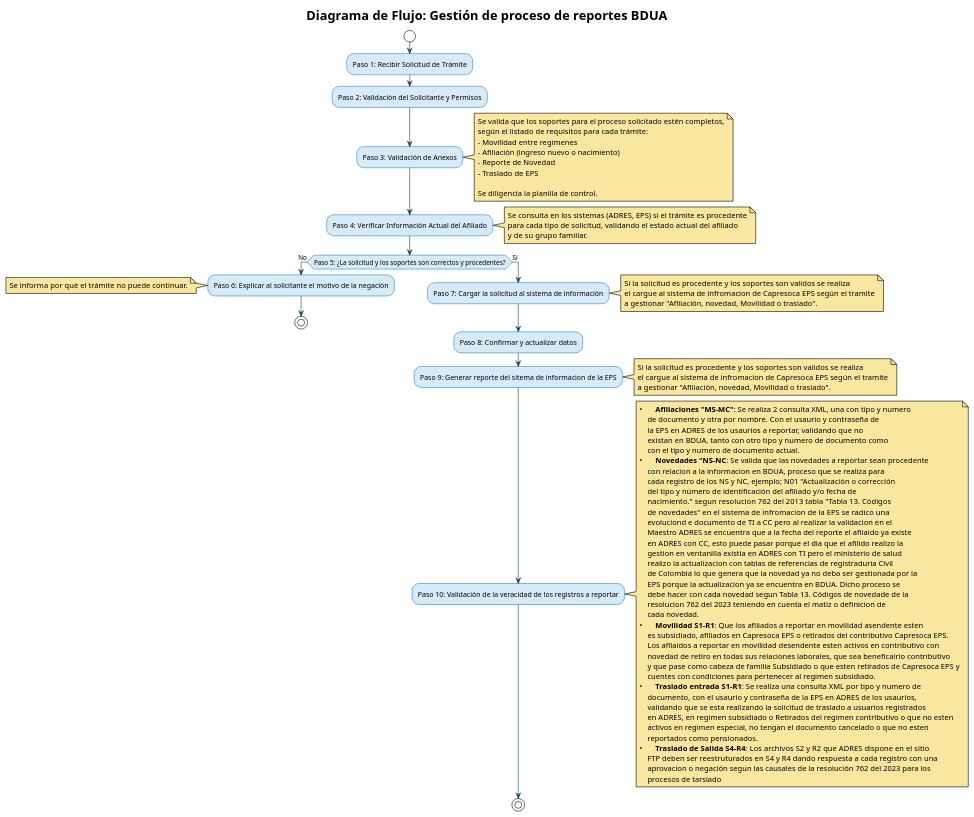
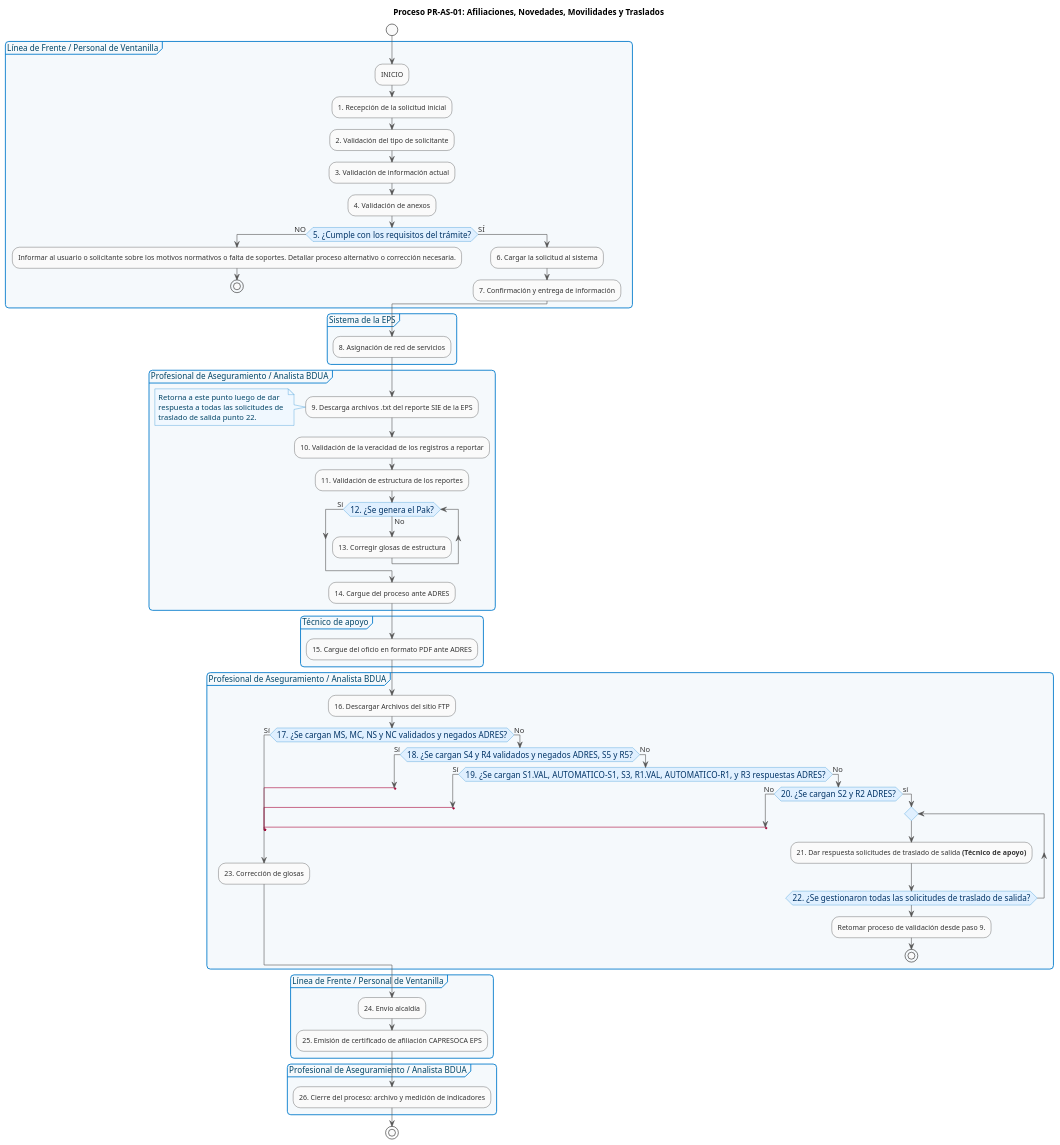
The diagram in docs/diagrams/workflow/Flujo-Procesos-BDUA.puml (yesid95/capresoca-data-automation), drawn with PlantUML before and after one commit. The commit also changed 3 other files, not shown here.

First line of the commit message:
docs: actualizacion de diagramas y roadmap

```diff
--- a/docs/diagrams/workflow/Flujo-Procesos-BDUA.puml
+++ b/docs/diagrams/workflow/Flujo-Procesos-BDUA.puml
@@ -1,102 +1,143 @@
 @startuml
-!theme plain
-skinparam activity {
-  BorderColor #2E86C1
-  BackgroundColor #D6EAF8
-  ArrowColor #154360
+<style>
+activityDiagram {
+  BackgroundColor #FAFAFA
+  BorderColor #CCCCCC
+  FontColor #333
+  FontName Segoe UI
+
+  diamond {
+    BackgroundColor #E0F0FF
+    LineColor #007ACC
+    FontColor #003366
+    FontName Segoe UI
+    FontSize 14
+  }
+
+  arrow {
+    FontColor #333
+    FontName Segoe UI
+    FontSize 13
+    LineColor #555
+  }
+
+  partition {
+    LineColor #007ACC
+    FontColor #004466
+    BackgroundColor #F5F9FC
+    RoundCorner 12
+  }
+
+  note {
+    FontColor #004466
+    LineColor #007ACC
+    BackgroundColor #F0F8FF
+    FontName Segoe UI
+  }
 }
-skinparam ArrowFontName Arial
-skinparam NoteBackgroundColor #F9E79F
 
-title Diagrama de Flujo: Gestión de proceso de reportes BDUA
+document {
+   BackgroundColor white
+}
+</style>
+
+
+title Proceso PR-AS-01: Afiliaciones, Novedades, Movilidades y Traslados
+
+
 
 start
 
-:Paso 1: Recibir Solicitud de Trámite;
+partition "Línea de Frente / Personal de Ventanilla" {
+  :INICIO;
+  :1. Recepción de la solicitud inicial;
+  :2. Validación del tipo de solicitante;
+  :3. Validación de información actual;
+  :4. Validación de anexos;
+  if (5. ¿Cumple con los requisitos del trámite?) then (NO)
+    :Informar al usuario o solicitante sobre los motivos normativos o falta de soportes. Detallar proceso alternativo o corrección necesaria.;
+    stop
+  else (SÍ)
+    :6. Cargar la solicitud al sistema;
+    :7. Confirmación y entrega de información;
+  endif
+}
 
-:Paso 2: Validación del Solicitante y Permisos;
+partition "Sistema de la EPS" {
+  :8. Asignación de red de servicios;
+}
 
-:Paso 3: Validación de Anexos;
-note right
-Se valida que los soportes para el proceso solicitado estén completos,
-según el listado de requisitos para cada trámite:
-- Movilidad entre regímenes
-- Afiliación (ingreso nuevo o nacimiento)
-- Reporte de Novedad
-- Traslado de EPS
+partition "Profesional de Aseguramiento / Analista BDUA" {
+  :9. Descarga archivos .txt del reporte SIE de la EPS;
+  note left
+  Retorna a este punto luego de dar 
+  respuesta a todas las solicitudes de 
+  traslado de salida punto 22.
+  end note
+  :10. Validación de la veracidad de los registros a reportar;
+  :11. Validación de estructura de los reportes;
 
-Se diligencia la planilla de control.
-end note
+  while (12. ¿Se genera el Pak?) is (No)
+    :13. Corregir glosas de estructura;
+  endwhile (Sí)
 
-:Paso 4: Verificar Información Actual del Afiliado;
-note right
-Se consulta en los sistemas (ADRES, EPS) si el trámite es procedente
-para cada tipo de solicitud, validando el estado actual del afiliado
-y de su grupo familiar.
-end note
+  :14. Cargue del proceso ante ADRES;
+}
 
-if (Paso 5: ¿La solicitud y los soportes son correctos y procedentes?) then (No)
-  :Paso 6: Explicar al solicitante el motivo de la negación;
-  note left: Se informa por qué el trámite no puede continuar.
-  stop
-else (Sí)
-  :Paso 7: Cargar la solicitud al sistema de información;
-  note right
-  Si la solicitud es procedente y los soportes son validos se realiza
-  el cargue al sistema de infromacion de Capresoca EPS según el tramite
-  a gestionar "Afiliación, novedad, Movilidad o traslado".
-  end note
+partition "Técnico de apoyo" {
+  :15. Cargue del oficio en formato PDF ante ADRES;
+}
 
-  :Paso 8: Confirmar y actualizar datos;
+partition "Profesional de Aseguramiento / Analista BDUA" {
+  :16. Descargar Archivos del sitio FTP;
 
-  :Paso 9: Generar reporte del sitema de informacion de la EPS;
-    note right
-    Si la solicitud es procedente y los soportes son validos se realiza
-    el cargue al sistema de infromacion de Capresoca EPS según el tramite
-    a gestionar "Afiliación, novedad, Movilidad o traslado".
-  end note
+  if (17. ¿Se cargan MS, MC, NS y NC validados y negados ADRES?) then (Sí)
+  'space label only for alignment
+    label sp_lab5
+    label sp_lab4
+    label sp_lab3
+    label sp_lab2
+    label sp_lab1
+    'real label
+    label lab
+  :23. Corrección de glosas;
+  else (No)
+        if (18. ¿Se cargan S4 y R4 validados y negados ADRES, S5 y R5?) then (Sí)
+            label sp_lab2
+            goto sp_lab1
+            else (No)
+                if (19. ¿Se cargan S1.VAL, AUTOMATICO-S1, S3, R1.VAL, AUTOMATICO-R1, y R3 respuestas ADRES?) then (Sí)
+                label sp_lab2
+                goto sp_lab1
+                else (No)
+                if (20. ¿Se cargan S2 y R2 ADRES?) then (No)
+                    label sp_lab2
+                    goto sp_lab1
+                    else (sí)
+                    repeat
+                      :21. Dar respuesta solicitudes de traslado de salida **(Técnico de apoyo)**;
+                    repeat while (22. ¿Se gestionaron todas las solicitudes de traslado de salida?)
+                        :Retomar proceso de validación desde paso 9.;
+                        stop
+                    
+                endif
+            endif
+        endif
+        
+endif
+}
 
-  :Paso 10: Validación de la veracidad de los registros a reportar;
-  note right
-    •	**Afiliaciones "MS-MC"**: Se realiza 2 consulta XML, una con tipo y numero 
-        de documento y otra por nombre. Con el usaurio y contraseña de
-        la EPS en ADRES de los usaurios a reportar, validando que no
-        existan en BDUA, tanto con otro tipo y numero de documento como
-        con el tipo y numero de documento actual.
-    •	**Novedades "NS-NC**: Se valida que las novedades a reportar sean procedente
-        con relacion a la informacion en BDUA, proceso que se realiza para
-        cada registro de los NS y NC, ejemplo; N01 "Actualización o corrección
-        del tipo y número de identificación del afiliado y/o fecha de 
-        nacimiento."  segun resolucion 762 del 2013 tabla "Tabla 13. Códigos
-        de novedades" en el sistema de infromacion de la EPS  se radico una
-        evoluciond e documento de TI a CC pero al realizar la validacion en el
-        Maestro ADRES se encuentra que a la fecha del reporte el afilaido ya existe
-        en ADRES con CC, esto puede pasar porque el dia que el afilido realizo la
-        gestion en ventanilla existia en ADRES con TI pero el ministerio de salud
-        realizo la actualizacion con tablas de referencias de registraduria Civil
-        de Colombia lo que genera que la novedad ya no deba ser gestionada por la
-        EPS porque la actualizacion ya se encuentra en BDUA. Dicho proceso se
-        debe hacer con cada novedad segun Tabla 13. Códigos de novedade de la
-        resolucion 762 del 2023 teniendo en cuenta el matiz o definicion de
-        cada novedad. 
-    •	**Movilidad S1-R1**: Que los afiliados a reportar en movilidad asendente esten
-        es subsidiado, afiliados en Capresoca EPS o retirados del contributivo Capresoca EPS.
-        Los afilaidos a reportar en movilidad desendente esten activos en contributivo con
-        novedad de retiro en todas sus relaciones laborales, que sea beneficairio contributivo
-        y que pase como cabeza de familia Subsidiado o que esten retirados de Capresoca EPS y
-        cuentes con condiciones para pertenecer al regimen subsidiado.
-    •	**Traslado entrada S1-R1**: Se realiza una consulta XML por tipo y numero de 
-        documento, con el usaurio y contraseña de la EPS en ADRES de los usaurios,
-        validando que se esta realizando la solicitud de traslado a usuarios registrados
-        en ADRES, en regimen subsidiado o Retirados del regimen contributivo o que no esten
-        activos en regimen especial, no tengan el documento cancelado o que no esten
-        reportados como pensionados.
-    •	**Traslado de Salida S4-R4**:  Los archivos S2 y R2 que ADRES dispone en el sitio
-        FTP deben ser reestruturados en S4 y R4 dando respuesta a cada registro con una
-        aprovacion o negación segun las causales de la resolución 762 del 2023 para los
-        procesos de tarslado
-  end note
-  stop
-endif
 
+
+
+partition "Línea de Frente / Personal de Ventanilla" {
+  :24. Envío alcaldía;
+  :25. Emisión de certificado de afiliación CAPRESOCA EPS;
+}
+
+partition "Profesional de Aseguramiento / Analista BDUA" {
+  :26. Cierre del proceso: archivo y medición de indicadores;
+}
+
+stop
 @enduml
```
